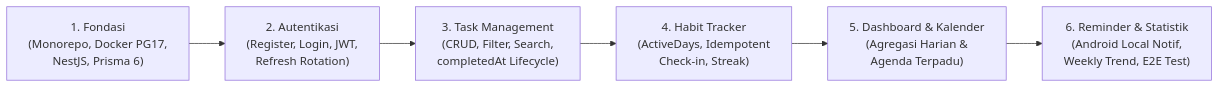
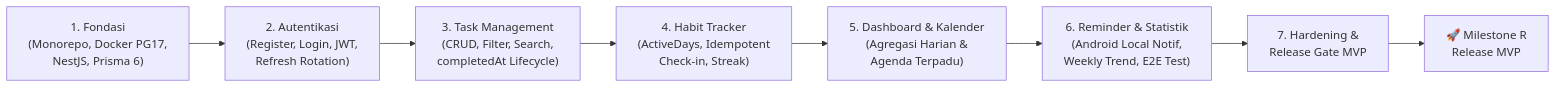
Before and after one commit to Rayy-404/LifeOS: the diagram in planning/README.md, drawn with Mermaid. The commit also changed other lines of this file and 3 other files, not shown here.

Commit message:
docs(release): add Milestone R runbook and status

````diff
--- a/planning/README.md
+++ b/planning/README.md
@@ -23,8 +24,10 @@
 ```mermaid
 flowchart LR
     P1["1. Fondasi\n(Monorepo, Docker PG17,\nNestJS, Prisma 6)"] --> P2["2. Autentikasi\n(Register, Login, JWT,\nRefresh Rotation)"]
     P2 --> P3["3. Task Management\n(CRUD, Filter, Search,\ncompletedAt Lifecycle)"]
     P3 --> P4["4. Habit Tracker\n(ActiveDays, Idempotent\nCheck-in, Streak)"]
     P4 --> P5["5. Dashboard & Kalender\n(Agregasi Harian &\nAgenda Terpadu)"]
     P5 --> P6["6. Reminder & Statistik\n(Android Local Notif,\nWeekly Trend, E2E Test)"]
+    P6 --> P7["7. Hardening &\nRelease Gate MVP"]
+    P7 --> R["🚀 Milestone R\nRelease MVP"]
 ```
````
